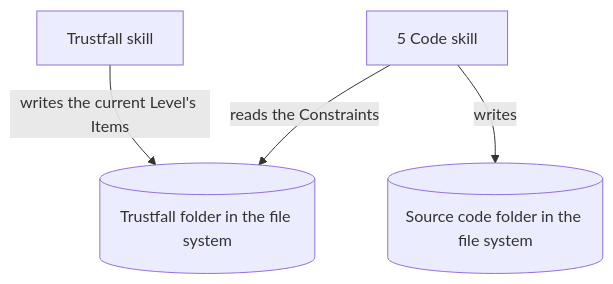
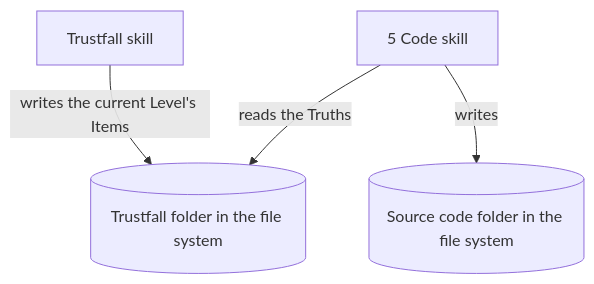
Before and after one commit to jehna/trustfall: the second of 3 diagrams in trustfall/3-architecture.md, drawn with Mermaid. The commit also changed other lines of this file and 9 other files, not shown here.

````diff
--- a/trustfall/3-architecture.md
+++ b/trustfall/3-architecture.md
@@ -23,10 +23,10 @@
 ```mermaid
 flowchart TD
   trustfall[Trustfall skill]
   code[5 Code skill]
   levels[(Trustfall folder in the file system)]
   source[(Source code folder in the file system)]
   trustfall -- writes the current Level's Items --> levels
-  code -- reads the Constraints --> levels
+  code -- reads the Truths --> levels
   code -- writes --> source
 ```
````
